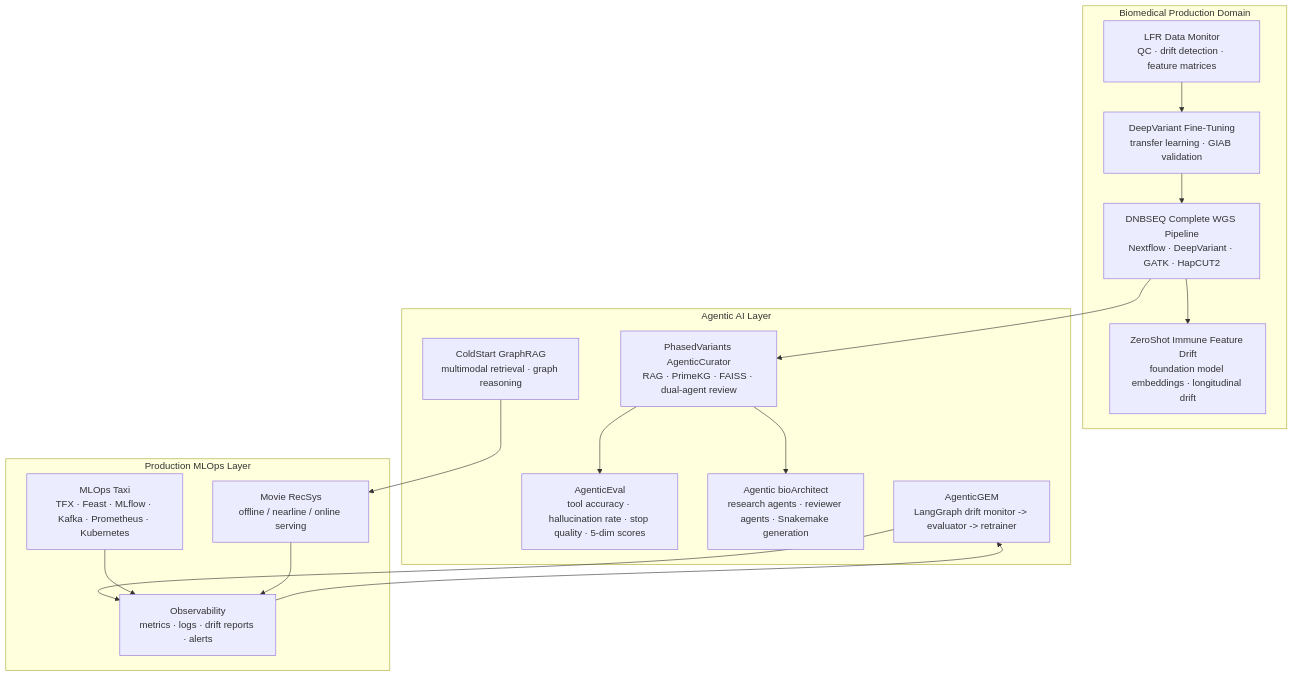
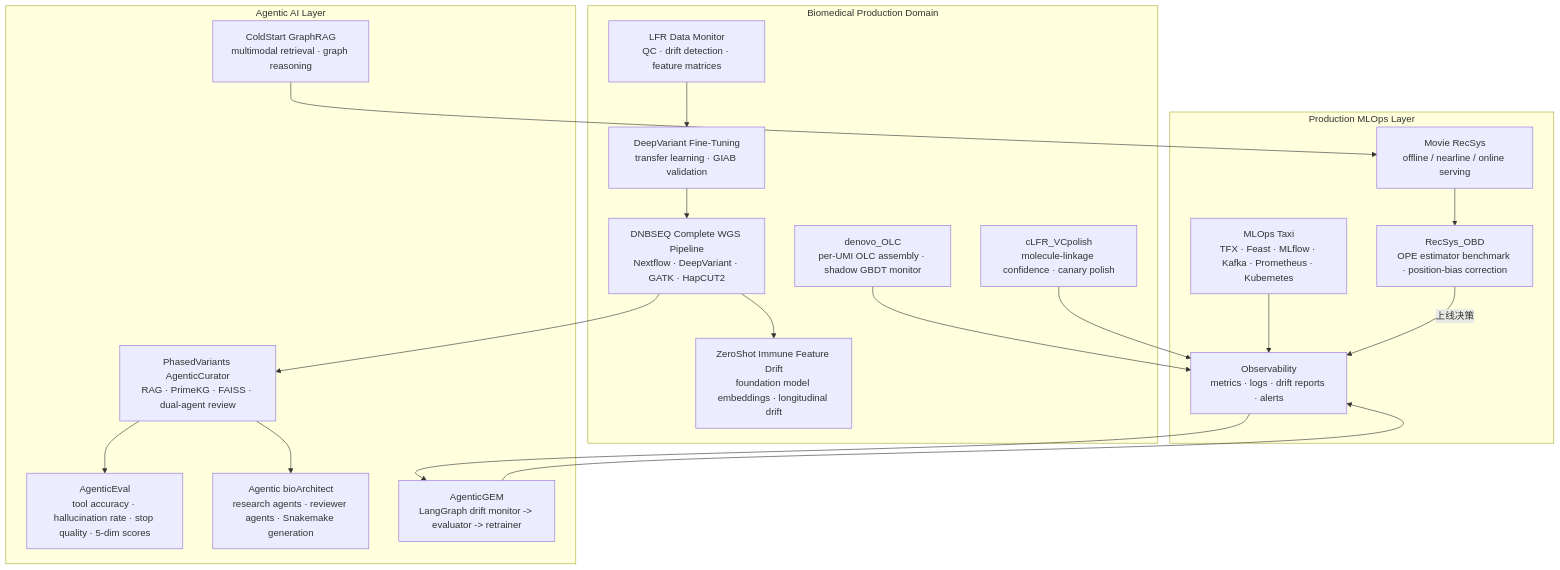
Before and after one commit to arcadianlyric/AppliedML_AgenticAI_MLOps: the diagram in README_CN.md, drawn with Mermaid. The commit also changed other lines of this file and 2 other files, not shown here.

````diff
--- a/README_CN.md
+++ b/README_CN.md
@@ -79,35 +82,41 @@
 ```mermaid
 flowchart TD
     subgraph DOMAIN["Biomedical Production Domain"]
         WGS["DNBSEQ Complete WGS Pipeline<br/>Nextflow · DeepVariant · GATK · HapCUT2"]
         LFR["LFR Data Monitor<br/>QC · drift detection · feature matrices"]
         DV["DeepVariant Fine-Tuning<br/>transfer learning · GIAB validation"]
         IMM["ZeroShot Immune Feature Drift<br/>foundation model embeddings · longitudinal drift"]
+        OLC["denovo_OLC<br/>per-UMI OLC assembly · shadow GBDT monitor"]
+        VCP["cLFR_VCpolish<br/>molecule-linkage confidence · canary polish"]
     end
 
     subgraph AGENT["Agentic AI Layer"]
         CUR["PhasedVariants AgenticCurator<br/>RAG · PrimeKG · FAISS · dual-agent review"]
         EVAL["AgenticEval<br/>tool accuracy · hallucination rate · stop quality · 5-dim scores"]
         BIO["Agentic bioArchitect<br/>research agents · reviewer agents · Snakemake generation"]
         GEM["AgenticGEM<br/>LangGraph drift monitor -> evaluator -> retrainer"]
         GRAG["ColdStart GraphRAG<br/>multimodal retrieval · graph reasoning"]
     end
 
     subgraph MLOPS["Production MLOps Layer"]
         TAXI["MLOps Taxi<br/>TFX · Feast · MLflow · Kafka · Prometheus · Kubernetes"]
         RECSYS["Movie RecSys<br/>offline / nearline / online serving"]
+        OBD["RecSys_OBD<br/>OPE estimator benchmark · position-bias correction"]
         OBS["Observability<br/>metrics · logs · drift reports · alerts"]
     end
 
     LFR --> DV
     DV --> WGS
     WGS --> CUR
     WGS --> IMM
     CUR --> EVAL
     CUR --> BIO
+    OLC --> OBS
+    VCP --> OBS
     GEM --> OBS
     TAXI --> OBS
-    RECSYS --> OBS
+    RECSYS --> OBD
+    OBD -- "上线决策" --> OBS
     GRAG --> RECSYS
     OBS --> GEM
 ```
````
